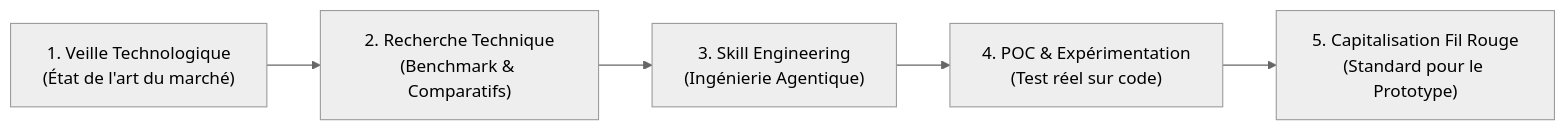
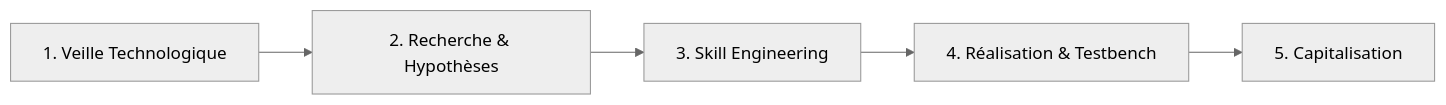
The diagram in docs/01-demarche-realisation-lab.md (labs-agent-dev/lab-skills-framework), drawn with Mermaid (neutral theme) before and after one commit. The commit also changed other lines of this file and 13 other files, not shown here.

````diff
--- a/docs/01-demarche-realisation-lab.md
+++ b/docs/01-demarche-realisation-lab.md
@@ -11,7 +4,7 @@
 ```mermaid
 flowchart LR
-    A["1. Veille Technologique<br/>(État de l'art du marché)"] --> B["2. Recherche Technique<br/>(Benchmark & Comparatifs)"]
-    B --> C["3. Skill Engineering<br/>(Ingénierie Agentique)"]
-    C --> D["4. POC & Expérimentation<br/>(Test réel sur code)"]
-    D --> E["5. Capitalisation Fil Rouge<br/>(Standard pour le Prototype)"]
+    A["1. Veille Technologique"] --> B["2. Recherche & Hypothèses"]
+    B --> C["3. Skill Engineering"]
+    C --> D["4. Réalisation & Testbench"]
+    D --> E["5. Capitalisation"]
 ```
````
